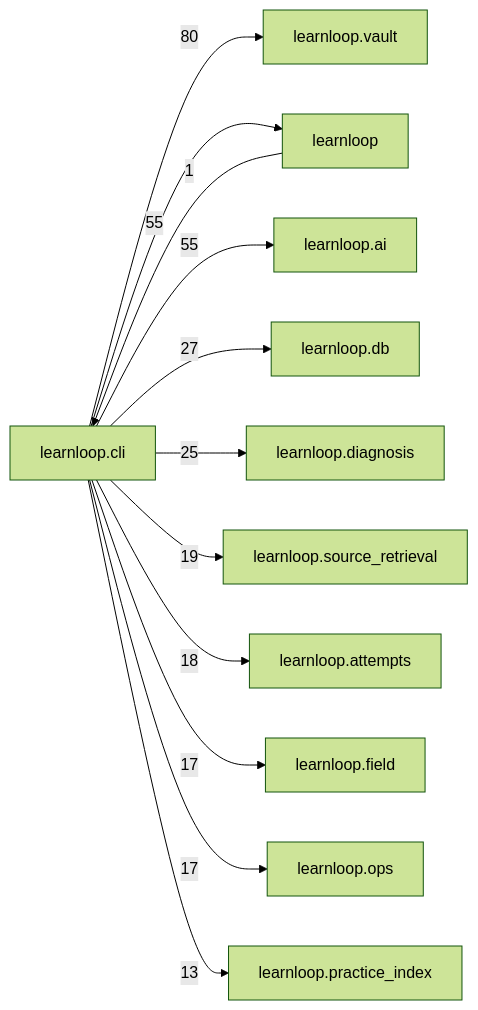
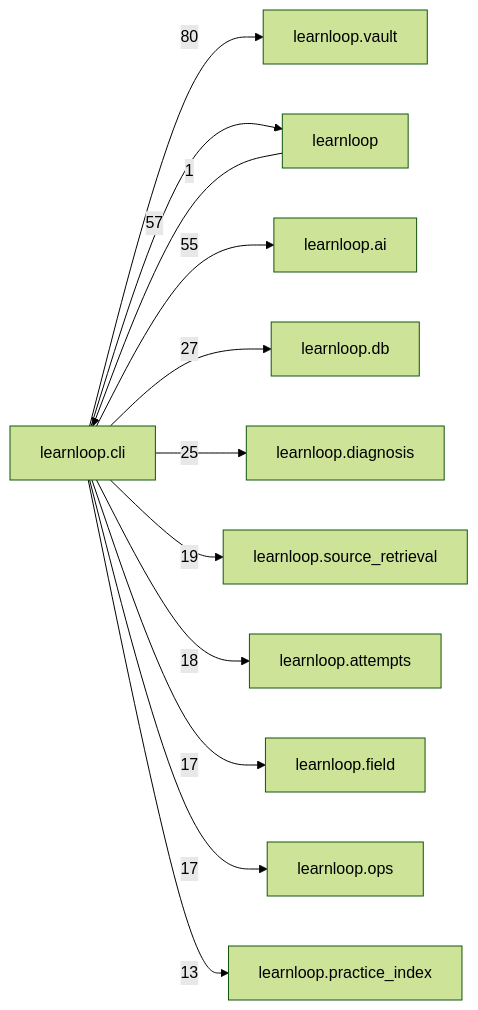
The diagram in docs/learnloop-architecture-vault/Reference/Modules/learnloop/cli/_package.md (6up-b/learnanything), drawn with Mermaid (forest theme) before and after one commit. The commit also changed other lines of this file and 62 other files, not shown here.

````diff
--- a/docs/learnloop-architecture-vault/Reference/Modules/learnloop/cli/_package.md
+++ b/docs/learnloop-architecture-vault/Reference/Modules/learnloop/cli/_package.md
@@ -228,25 +228,25 @@
 ```mermaid
 flowchart LR
     center["learnloop.cli"]
     n_learnloop_vault["learnloop.vault"]
     n_learnloop["learnloop"]
     n_learnloop_ai["learnloop.ai"]
     n_learnloop_db["learnloop.db"]
     n_learnloop_diagnosis["learnloop.diagnosis"]
     n_learnloop_source_retrieval["learnloop.source_retrieval"]
     n_learnloop_attempts["learnloop.attempts"]
     n_learnloop_field["learnloop.field"]
     n_learnloop_ops["learnloop.ops"]
     n_learnloop_practice_index["learnloop.practice_index"]
     center -->|80| n_learnloop_vault
     n_learnloop -->|1| center
-    center -->|55| n_learnloop
+    center -->|57| n_learnloop
     center -->|55| n_learnloop_ai
     center -->|27| n_learnloop_db
     center -->|25| n_learnloop_diagnosis
     center -->|19| n_learnloop_source_retrieval
     center -->|18| n_learnloop_attempts
     center -->|17| n_learnloop_field
     center -->|17| n_learnloop_ops
     center -->|13| n_learnloop_practice_index
 ```
````
